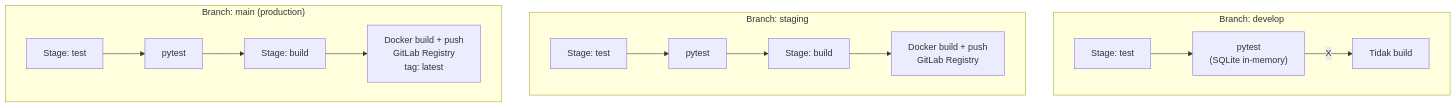
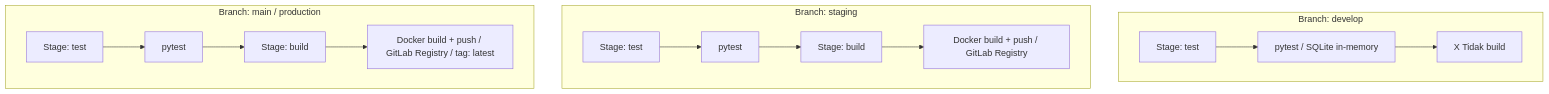
The seventh of 8 diagrams in README.md (IyaTulus/ppdb-microserivce), drawn with Mermaid before and after one commit. The commit also changed other lines of this file, not shown here.

````diff
--- a/README.md
+++ b/README.md
@@ -533,19 +508,19 @@
 ```mermaid
 flowchart TD
-    subgraph develop["Branch: develop"]
-        D1["Stage: test"] --> pytest["pytest<br/>(SQLite in-memory)"]
-        pytest -->|X| NoBuild["Tidak build"]
+    subgraph develop[Branch: develop]
+        D1[Stage: test] --> pytest_dev[pytest / SQLite in-memory]
+        pytest_dev --> NoBuild[X Tidak build]
     end
 
-    subgraph staging["Branch: staging"]
-        S1["Stage: test"] --> S_pytest["pytest"]
-        S_pytest --> S2["Stage: build"]
-        S2 --> S3["Docker build + push<br/>GitLab Registry"]
+    subgraph staging[Branch: staging]
+        S1[Stage: test] --> pytest_stg[pytest]
+        pytest_stg --> S2[Stage: build]
+        S2 --> S3[Docker build + push / GitLab Registry]
     end
 
-    subgraph main["Branch: main (production)"]
-        M1["Stage: test"] --> M_pytest["pytest"]
-        M_pytest --> M2["Stage: build"]
-        M2 --> M3["Docker build + push<br/>GitLab Registry<br/>tag: latest"]
+    subgraph main[Branch: main / production]
+        M1[Stage: test] --> pytest_prod[pytest]
+        pytest_prod --> M2[Stage: build]
+        M2 --> M3[Docker build + push / GitLab Registry / tag: latest]
     end
 ```
````
